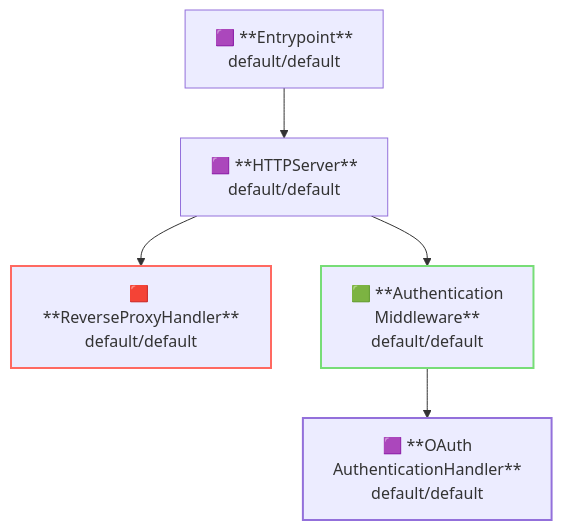
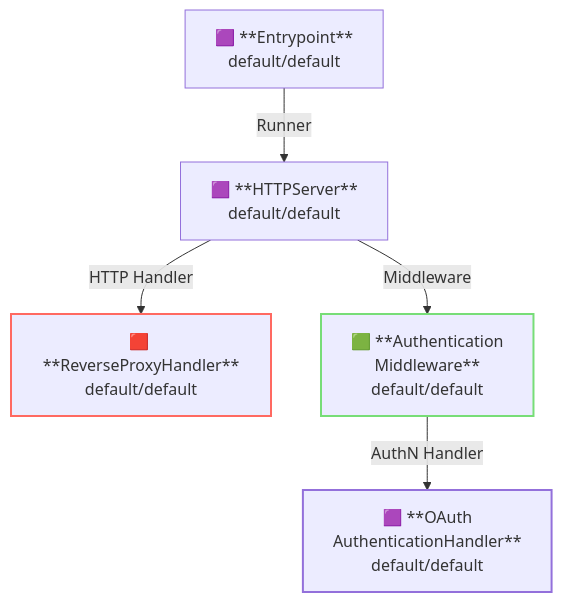
Before and after one commit to aileron-gateway/aileron-gateway: the second of 2 diagrams in examples/authn-authorization-code/README.md, drawn with Mermaid. The commit also changed other lines of this file and 22 other files, not shown here.

````diff
--- a/examples/authn-authorization-code/README.md
+++ b/examples/authn-authorization-code/README.md
@@ -81,17 +81,17 @@
 ```mermaid
 graph TD
   Entrypoint["🟪 **Entrypoint**</br>default/default"]
   HTTPServer["🟪 **HTTPServer**</br>default/default"]
   ReverseProxyHandler["🟥 **ReverseProxyHandler**</br>default/default"]
   AuthenticationMiddleware["🟩 **Authentication</br>Middleware**</br>default/default"]
   OAuthAuthenticationHandler["🟪 **OAuth</br>AuthenticationHandler**</br>default/default"]
 
-  Entrypoint --> HTTPServer
-  HTTPServer --> ReverseProxyHandler
-  HTTPServer --> AuthenticationMiddleware
-  AuthenticationMiddleware --> OAuthAuthenticationHandler
+  Entrypoint --"Runner"--> HTTPServer
+  HTTPServer --"HTTP Handler"--> ReverseProxyHandler
+  HTTPServer --"Middleware"--> AuthenticationMiddleware
+  AuthenticationMiddleware --"AuthN Handler"--> OAuthAuthenticationHandler
 
 style ReverseProxyHandler stroke:#ff6961,stroke-width:2px
 style AuthenticationMiddleware stroke:#77dd77,stroke-width:2px
 style OAuthAuthenticationHandler stroke:#9370DB,stroke-width:2px
 ```
````
